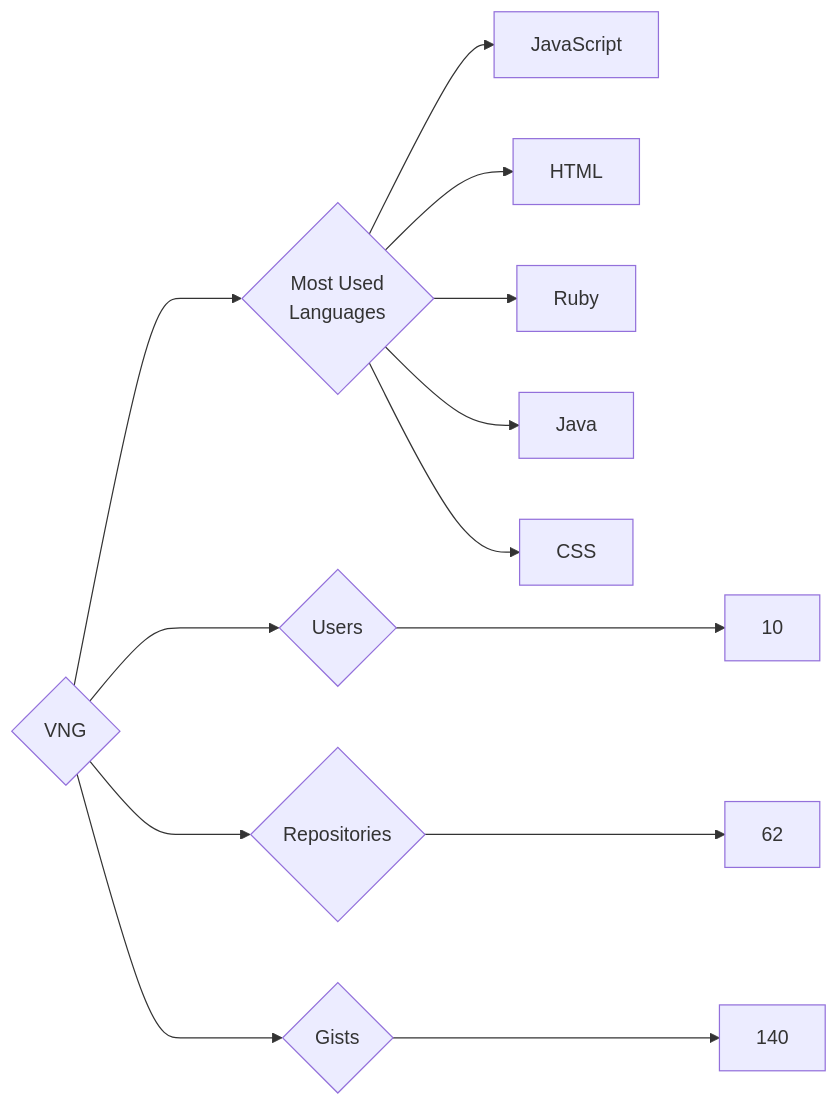
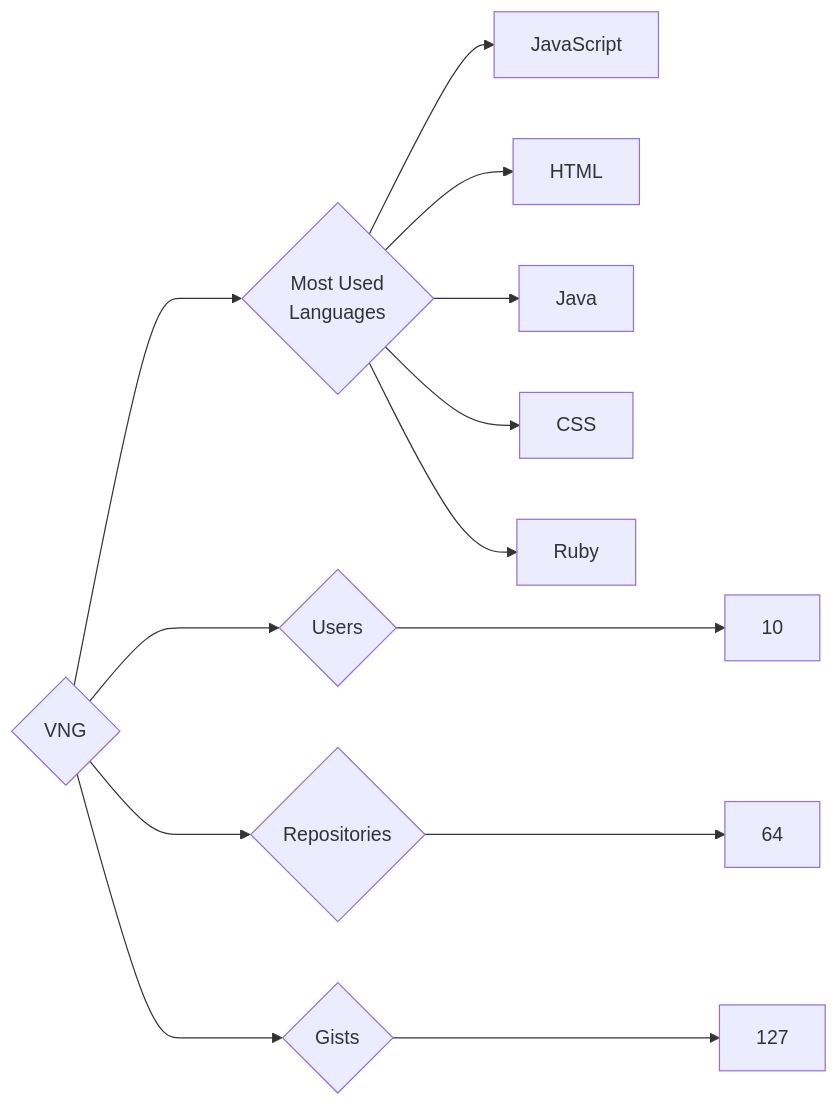
Before and after one commit to trickest/insiders: the diagram in targets/VNG/README.md, drawn with Mermaid. The commit also changed 1496 other files, not shown here.

````diff
--- a/targets/VNG/README.md
+++ b/targets/VNG/README.md
@@ -3,13 +3,13 @@
 ```mermaid
 graph LR
 COMPANY_NAME{VNG}
 COMPANY_NAME ---> U{Users} ---> UN[10]
-COMPANY_NAME ---> R{Repositories} ---> RN[62]
-COMPANY_NAME ---> G{Gists} ---> GN[140]
+COMPANY_NAME ---> R{Repositories} ---> RN[64]
+COMPANY_NAME ---> G{Gists} ---> GN[127]
 COMPANY_NAME ---> ML{Most Used<br>Languages}
 ML --> JavaScript[JavaScript]
 ML --> HTML[HTML]
-ML --> Ruby[Ruby]
 ML --> Java[Java]
 ML --> CSS[CSS]
+ML --> Ruby[Ruby]
 ```
````
